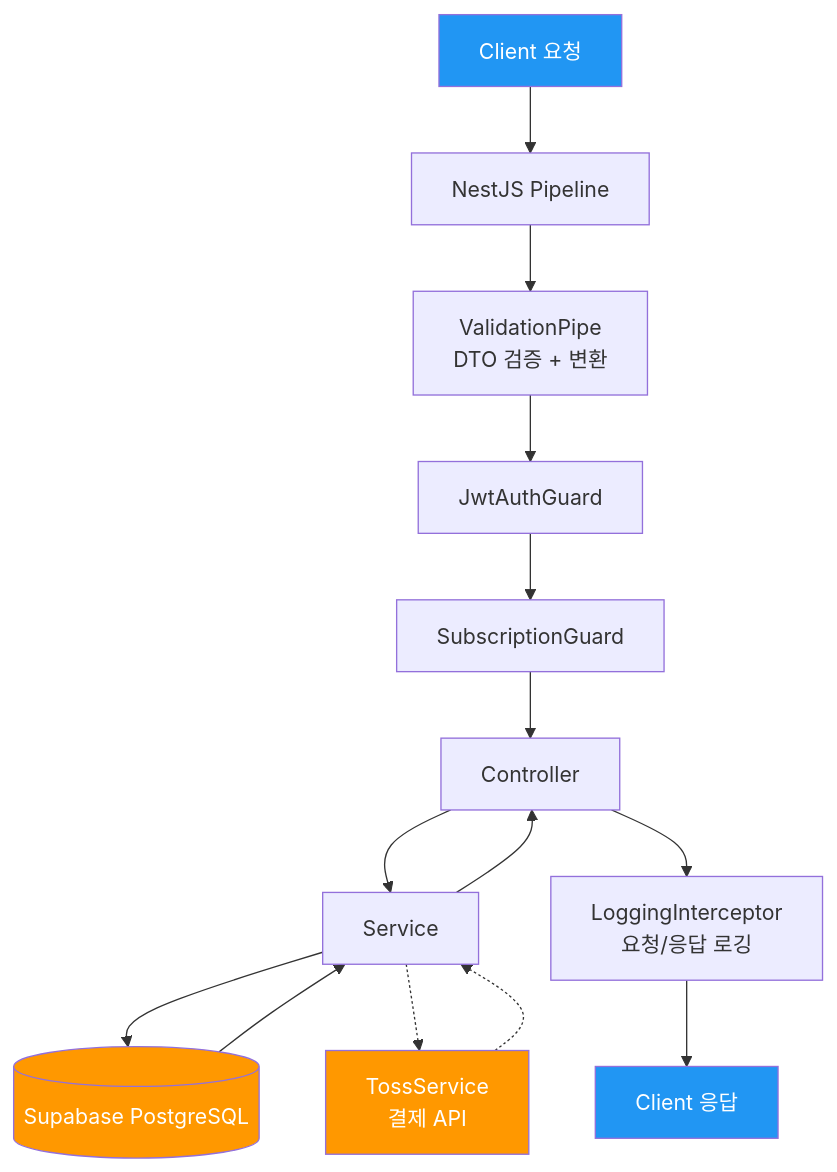
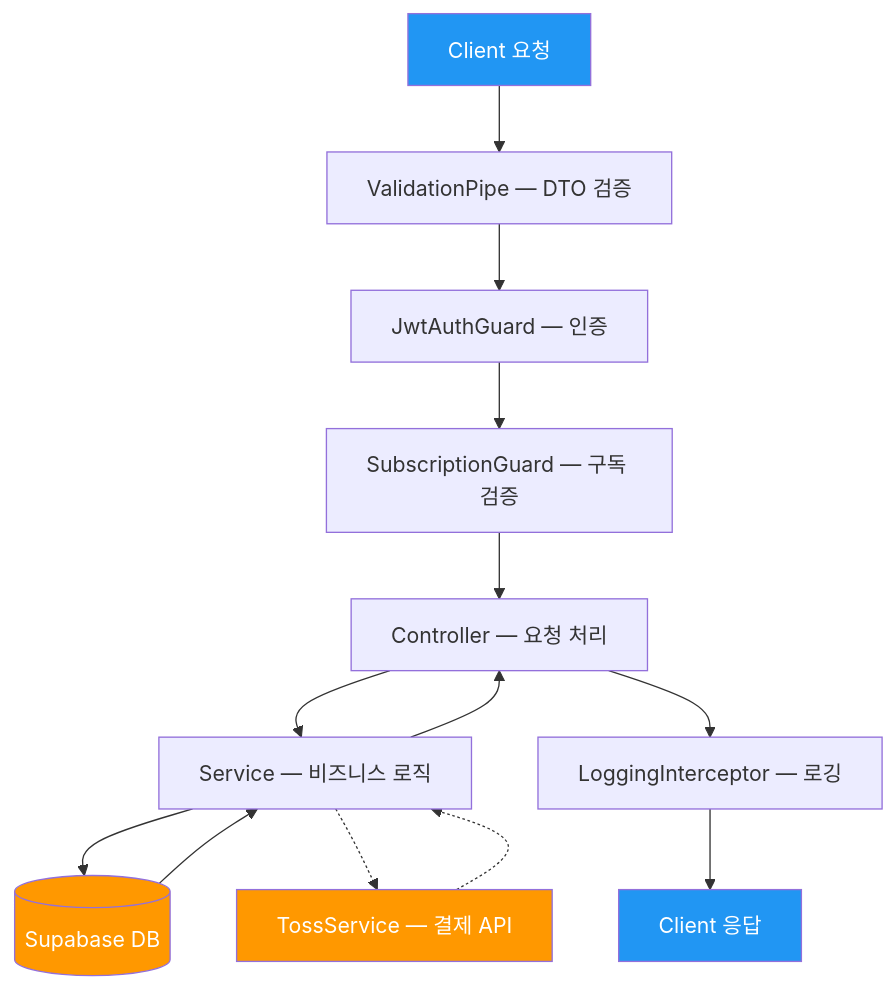
The fifth of 5 diagrams in docs/api/README.md (youngkim90/ddukddak-api), drawn with Mermaid before and after one commit. The commit also changed other lines of this file and 5 other files, not shown here.

First line of the commit message:
docs: simplify flowcharts with dual API/code flow structure

````diff
--- a/docs/api/README.md
+++ b/docs/api/README.md
@@ -82,22 +108,21 @@
 ```mermaid
 flowchart TD
-    A[Client 요청] --> B[NestJS Pipeline]
-    B --> C[ValidationPipe<br/>DTO 검증 + 변환]
-    C --> D[JwtAuthGuard]
-    D --> E[SubscriptionGuard]
-    E --> F[Controller]
-    F --> G[Service]
-    G --> H[(Supabase PostgreSQL)]
-    H --> G
+    A[Client 요청] --> B[ValidationPipe — DTO 검증]
+    B --> C[JwtAuthGuard — 인증]
+    C --> D[SubscriptionGuard — 구독 검증]
+    D --> E[Controller — 요청 처리]
+    E --> F[Service — 비즈니스 로직]
+    F --> G[(Supabase DB)]
     G --> F
-    F --> I[LoggingInterceptor<br/>요청/응답 로깅]
-    I --> J[Client 응답]
+    F --> E
+    E --> H[LoggingInterceptor — 로깅]
+    H --> I[Client 응답]
 
-    G -.-> K[TossService<br/>결제 API]
-    K -.-> G
+    F -.-> J[TossService — 결제 API]
+    J -.-> F
 
     style A fill:#2196f3,color:#fff
-    style J fill:#2196f3,color:#fff
-    style H fill:#ff9800,color:#fff
-    style K fill:#ff9800,color:#fff
+    style I fill:#2196f3,color:#fff
+    style G fill:#ff9800,color:#fff
+    style J fill:#ff9800,color:#fff
 ```
````
